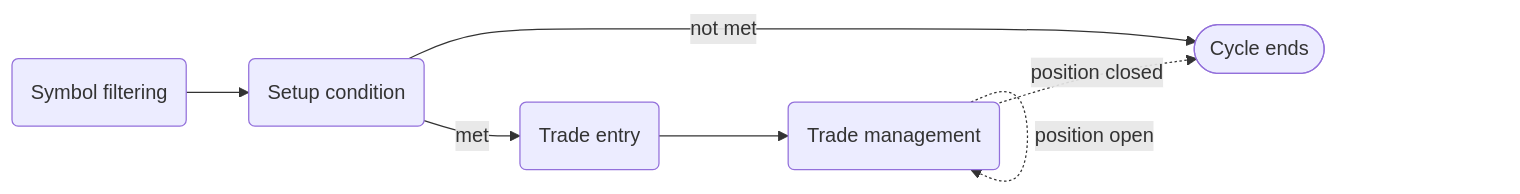
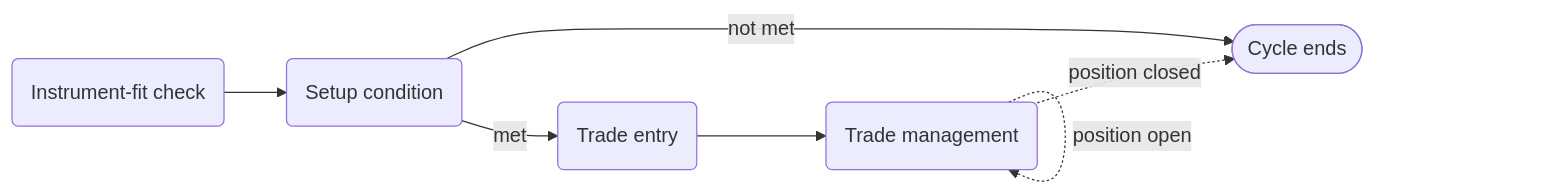
One commit to simeon-vanov/cortiq-public changed the diagram in src/content/docs/trading-cycle/playbook-design.md. Above: the diagram before and after it, drawn with Mermaid. The commit also changed 65 other files, not shown here.

````diff
--- a/src/content/docs/trading-cycle/playbook-design.md
+++ b/src/content/docs/trading-cycle/playbook-design.md
@@ -16,9 +16,9 @@
 ```mermaid
 flowchart LR
-  S1(Symbol filtering) --> S2(Setup condition)
+  S1(Instrument-fit check) --> S2(Setup condition)
   S2 -->|met| S3(Trade entry)
   S2 -->|not met| End([Cycle ends])
   S3 --> S4(Trade management)
   S4 -.position open.-> S4
   S4 -.position closed.-> End
 ```
````
